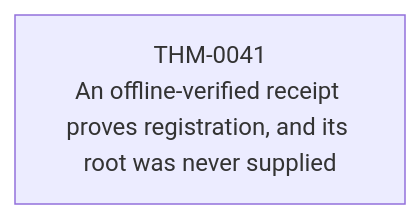
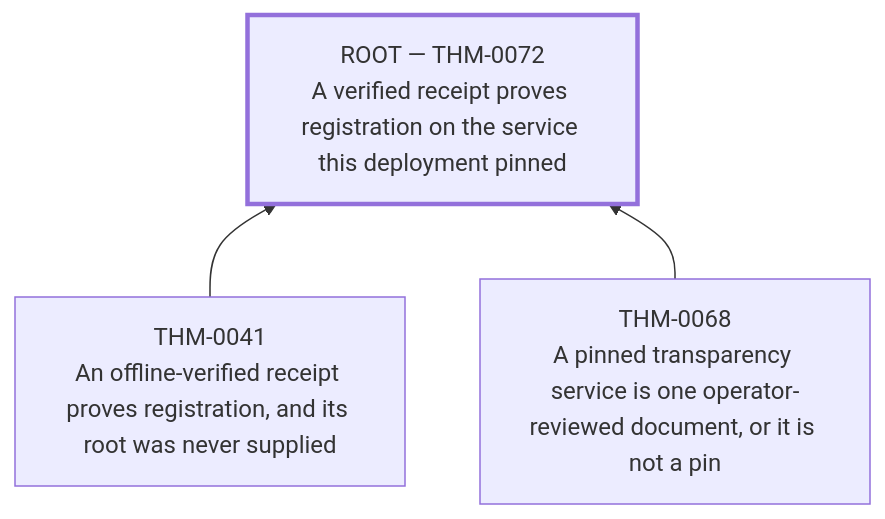
The fifth of 7 diagrams in verification/generated/theorem-dependencies.md (matssun/mcp-re), drawn with Mermaid before and after one commit. The commit also changed other lines of this file and 9 other files, not shown here.

````diff
--- a/verification/generated/theorem-dependencies.md
+++ b/verification/generated/theorem-dependencies.md
@@ -195,4 +229,10 @@
 ```mermaid
 graph BT
     THM_0041["THM-0041<br/>An offline-verified receipt proves registration, and its root was never supplied"]
+    THM_0068["THM-0068<br/>A pinned transparency service is one operator-reviewed document, or it is not a pin"]
+    THM_0072["ROOT — THM-0072<br/>A verified receipt proves registration on the service this deployment pinned"]
+    THM_0041 --> THM_0072
+    THM_0068 --> THM_0072
+    classDef root stroke-width:3px;
+    class THM_0072 root;
 ```
````
